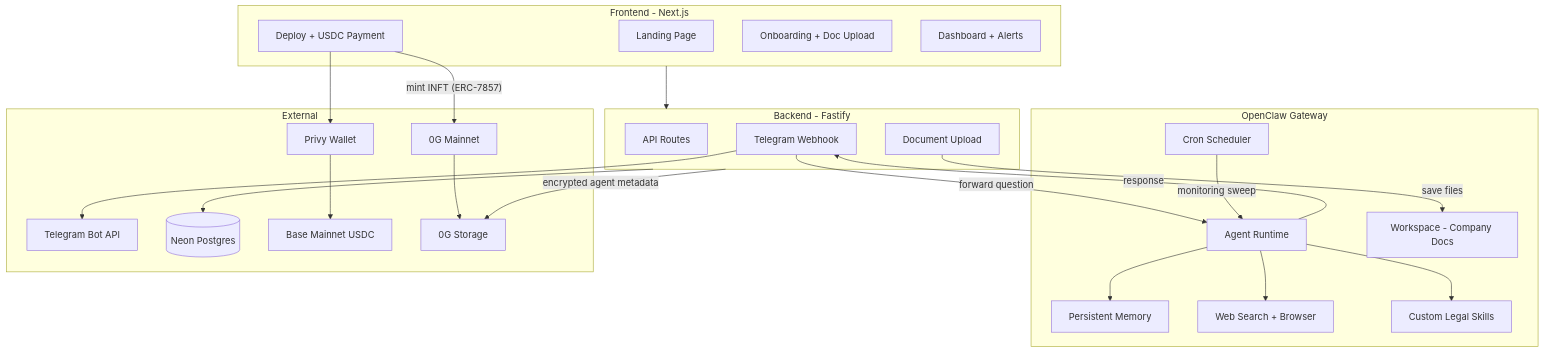
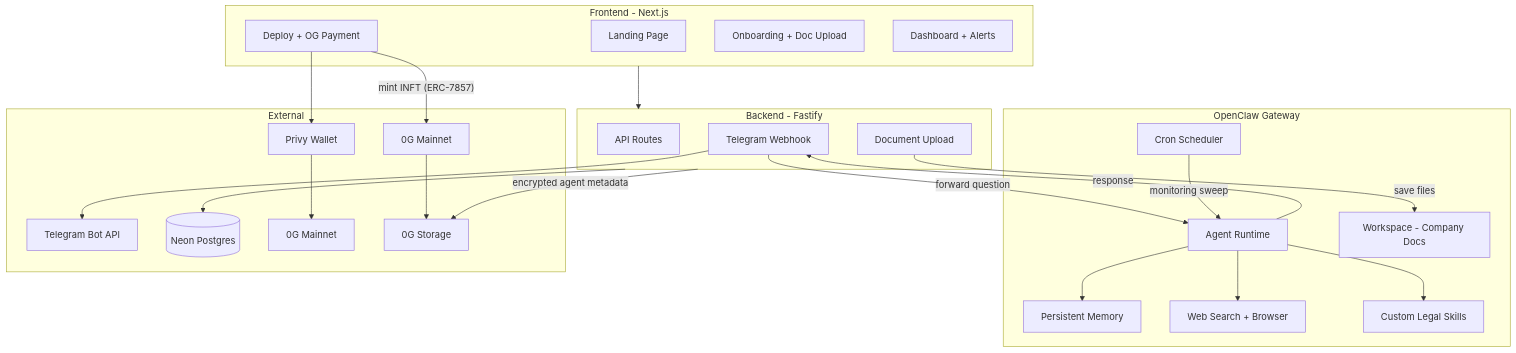
The diagram in PLAN.md (Siddesh7/clawcounsel), drawn with Mermaid before and after one commit. The commit also changed other lines of this file and 4 other files, not shown here.

````diff
--- a/PLAN.md
+++ b/PLAN.md
@@ -32,49 +32,49 @@
 ```mermaid
 flowchart TB
     subgraph frontend [Frontend - Next.js]
         Landing[Landing Page]
-        Deploy[Deploy + USDC Payment]
+        Deploy[Deploy + OG Payment]
         Onboard[Onboarding + Doc Upload]
         Dash[Dashboard + Alerts]
     end
 
     subgraph backend [Backend - Fastify]
         API[API Routes]
         TgWebhook[Telegram Webhook]
         DocUpload[Document Upload]
     end
 
     subgraph openclaw [OpenClaw Gateway]
         Agent[Agent Runtime]
         Memory[Persistent Memory]
         WebTools["Web Search + Browser"]
         Cron[Cron Scheduler]
         Skills[Custom Legal Skills]
         Workspace[Workspace - Company Docs]
     end
 
     subgraph external [External]
         TG[Telegram Bot API]
         DB[(Neon Postgres)]
         Privy[Privy Wallet]
-        Base[Base Mainnet USDC]
+        OGChain[0G Mainnet]
         ZeroG[0G Mainnet]
         ZeroGStorage[0G Storage]
     end
 
     frontend --> backend
     TgWebhook -->|"forward question"| Agent
     Agent -->|response| TgWebhook
     TgWebhook --> TG
     DocUpload -->|"save files"| Workspace
     Agent --> Memory
     Agent --> WebTools
     Agent --> Skills
     Cron -->|"monitoring sweep"| Agent
     Deploy --> Privy
-    Privy --> Base
+    Privy --> OGChain
     backend --> DB
     Deploy -->|"mint INFT (ERC-7857)"| ZeroG
     backend -->|"encrypted agent metadata"| ZeroGStorage
     ZeroG --> ZeroGStorage
 ```
````
